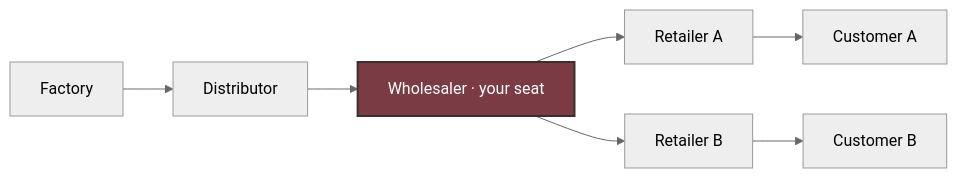
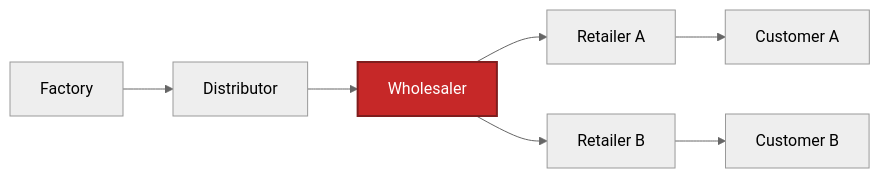
Before and after one commit to ConstantinVictorBeatErtel/Supply_Chain_Bench: the diagram in README.md, drawn with Mermaid (neutral theme). The commit also changed other lines of this file and 11 other files, not shown here.

````diff
--- a/README.md
+++ b/README.md
@@ -61,7 +61,7 @@
 ```mermaid
 flowchart LR
-  F[Factory] --> D[Distributor] --> WH["Wholesaler · your seat"]
+  F[Factory] --> D[Distributor] --> WH["Wholesaler"]
   WH --> RA[Retailer A] --> CA[Customer A]
   WH --> RB[Retailer B] --> CB[Customer B]
-  style WH fill:#7A3B45,color:#FFFFFF,stroke:#3A2F2C,stroke-width:2px
+  style WH fill:#C62828,color:#FFFFFF,stroke:#7F1D1D,stroke-width:2px
 ```
````
